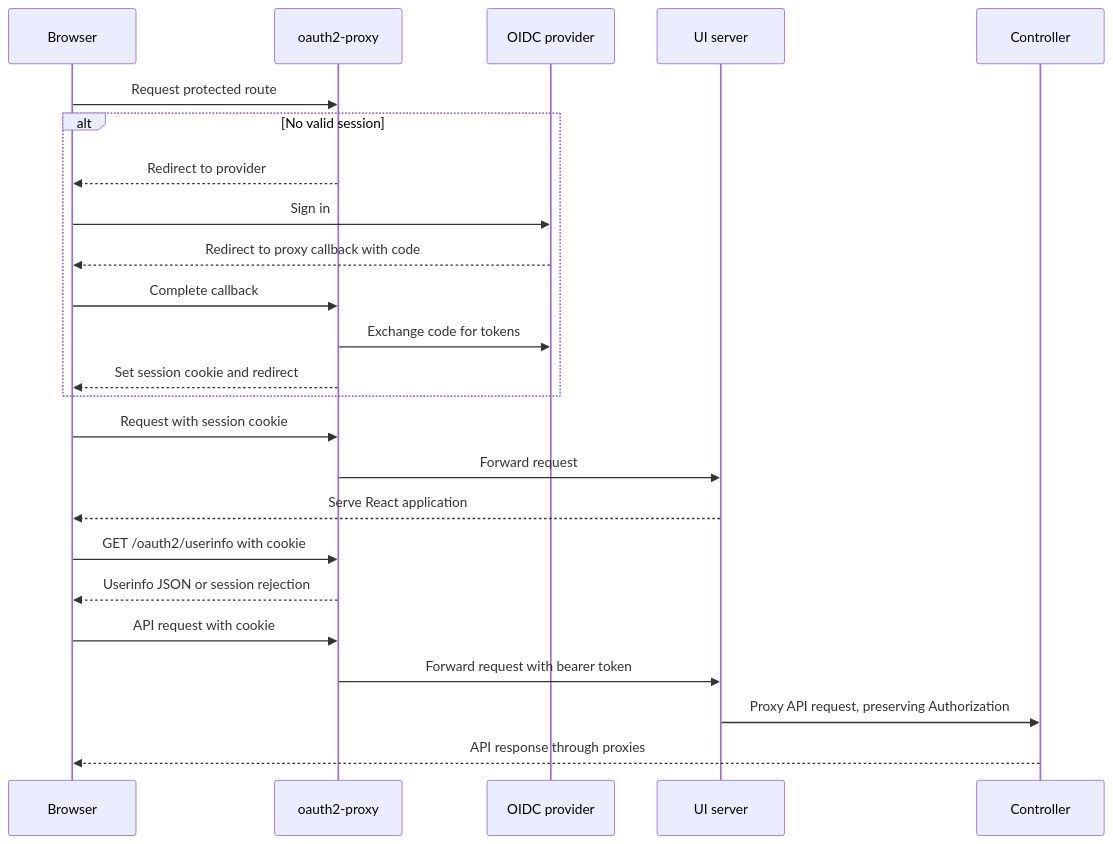
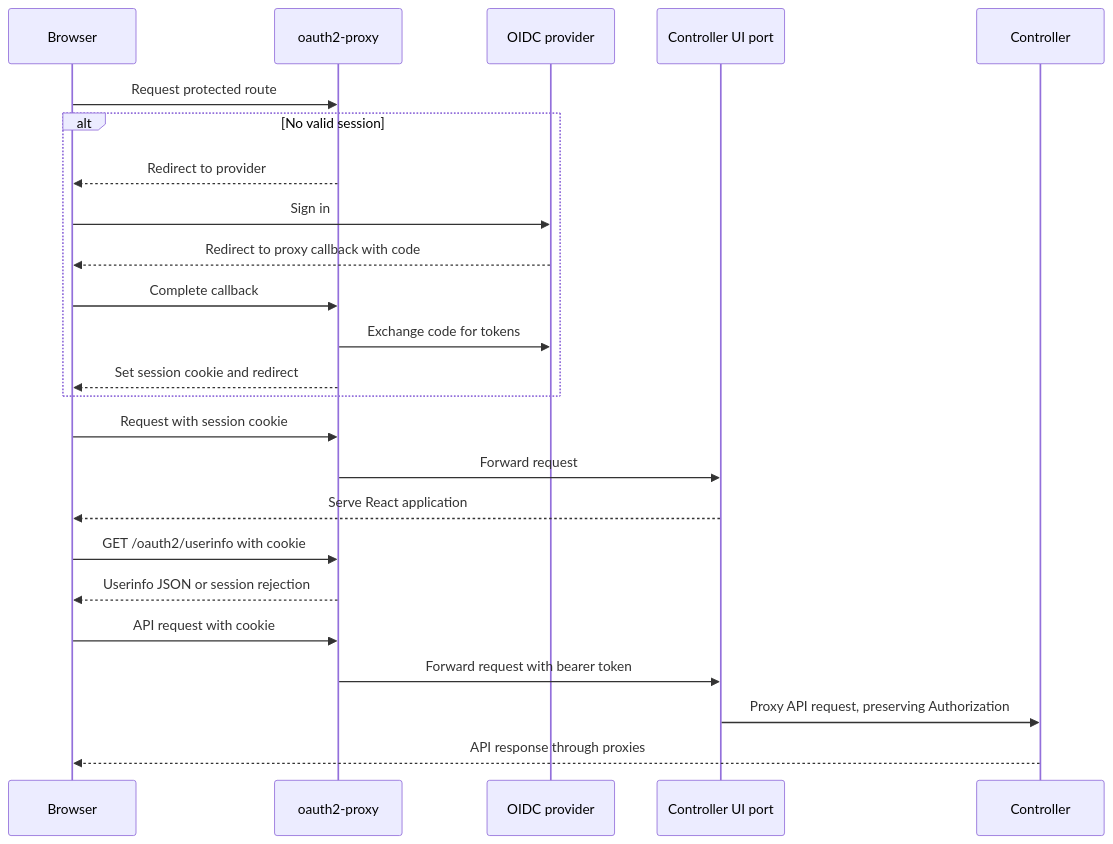
One commit to kagent-dev/kagent changed the diagram in docs/architecture/oidc-proxy-authentication.md. Above: the diagram before and after it, drawn with Mermaid. The commit also changed other lines of this file and 54 other files, not shown here.

````diff
--- a/docs/architecture/oidc-proxy-authentication.md
+++ b/docs/architecture/oidc-proxy-authentication.md
@@ -24,27 +24,27 @@
 ```mermaid
 sequenceDiagram
     participant Browser
     participant Proxy as oauth2-proxy
     participant Provider as OIDC provider
-    participant UI as UI server
+    participant UI as Controller UI port
     participant API as Controller
 
     Browser->>Proxy: Request protected route
     alt No valid session
         Proxy-->>Browser: Redirect to provider
         Browser->>Provider: Sign in
         Provider-->>Browser: Redirect to proxy callback with code
         Browser->>Proxy: Complete callback
         Proxy->>Provider: Exchange code for tokens
         Proxy-->>Browser: Set session cookie and redirect
     end
     Browser->>Proxy: Request with session cookie
     Proxy->>UI: Forward request
     UI-->>Browser: Serve React application
     Browser->>Proxy: GET /oauth2/userinfo with cookie
     Proxy-->>Browser: Userinfo JSON or session rejection
     Browser->>Proxy: API request with cookie
     Proxy->>UI: Forward request with bearer token
     UI->>API: Proxy API request, preserving Authorization
     API-->>Browser: API response through proxies
 ```
````
